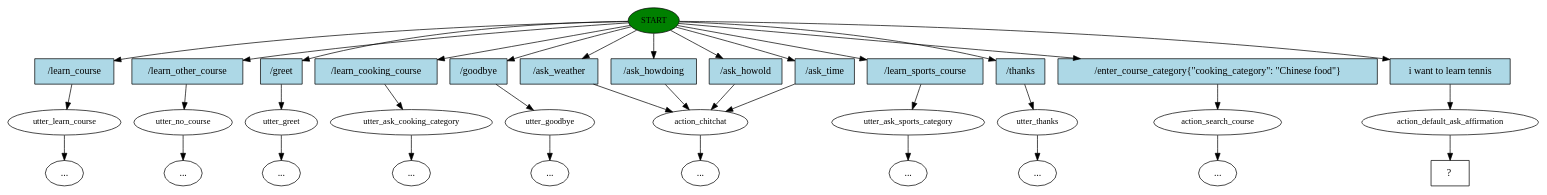
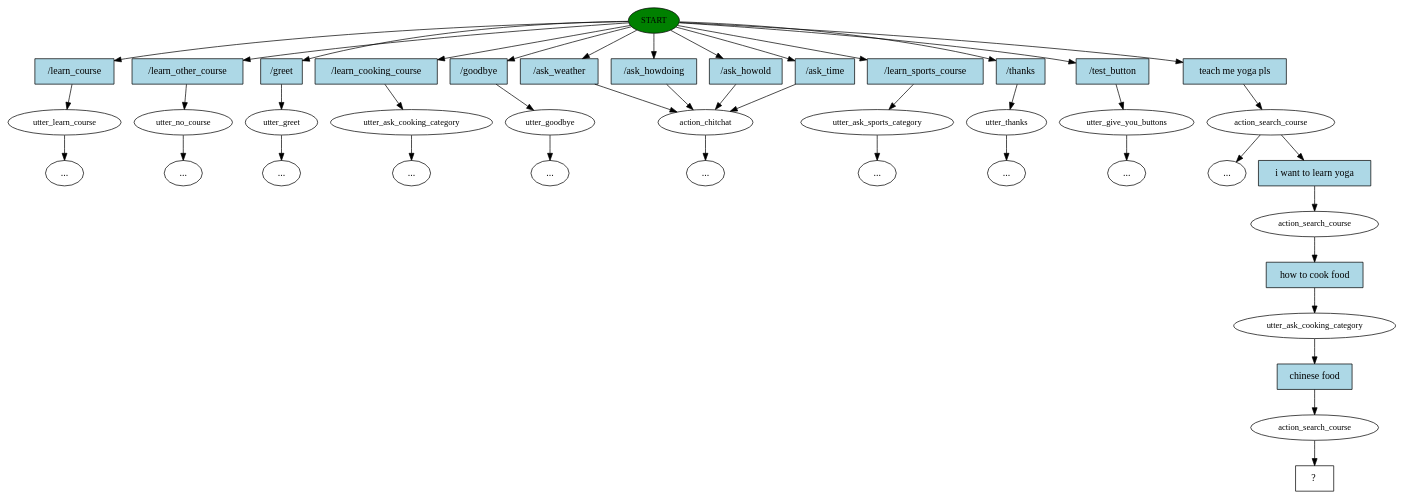
Before and after one commit to vivihuang/aj-rasa: the diagram in story_graph.dot, drawn with Graphviz. The commit also changed 2 other files, not shown here.

```diff
--- a/story_graph.dot
+++ b/story_graph.dot
@@ -1,72 +1,86 @@
 digraph  {
 0 [class="start active", fillcolor=green, fontsize=12, label=START, style=filled];
 1 [class="", fontsize=12, label=utter_learn_course];
 2 [class="", fontsize=12, label=utter_no_course];
 "-7" [class=ellipsis, label="..."];
 7 [class="", fontsize=12, label=utter_greet];
 9 [class="", fontsize=12, label=utter_ask_cooking_category];
 "-11" [class=ellipsis, label="..."];
 12 [class="", fontsize=12, label=utter_goodbye];
 "-14" [class=ellipsis, label="..."];
 13 [class="", fontsize=12, label=action_chitchat];
 "-18" [class=ellipsis, label="..."];
 "-35" [class=ellipsis, label="..."];
 34 [class="", fontsize=12, label=utter_ask_sports_category];
 "-36" [class=ellipsis, label="..."];
 35 [class="", fontsize=12, label=utter_thanks];
 "-37" [class=ellipsis, label="..."];
+36 [class="", fontsize=12, label=utter_give_you_buttons];
 "-38" [class=ellipsis, label="..."];
-37 [class="", fontsize=12, label=action_search_course];
 "-39" [class=ellipsis, label="..."];
-38 [class=active, fontsize=12, label=action_default_ask_affirmation];
-39 [class="intent dashed active", label="  ?  ", shape=rect];
-40 [class=intent, fillcolor=lightblue, label="/learn_course", shape=rect, style=filled];
-41 [class=intent, fillcolor=lightblue, label="/learn_other_course", shape=rect, style=filled];
-42 [class=intent, fillcolor=lightblue, label="/greet", shape=rect, style=filled];
-43 [class=intent, fillcolor=lightblue, label="/learn_cooking_course", shape=rect, style=filled];
-44 [class=intent, fillcolor=lightblue, label="/goodbye", shape=rect, style=filled];
-45 [class=intent, fillcolor=lightblue, label="/ask_weather", shape=rect, style=filled];
-46 [class=intent, fillcolor=lightblue, label="/ask_howdoing", shape=rect, style=filled];
-47 [class=intent, fillcolor=lightblue, label="/ask_howold", shape=rect, style=filled];
-48 [class=intent, fillcolor=lightblue, label="/ask_time", shape=rect, style=filled];
-49 [class=intent, fillcolor=lightblue, label="/learn_sports_course", shape=rect, style=filled];
-50 [class=intent, fillcolor=lightblue, label="/thanks", shape=rect, style=filled];
-51 [class=intent, fillcolor=lightblue, label="/enter_course_category{\"cooking_category\": \"Chinese food\"}", shape=rect, style=filled];
-52 [class="intent active", fillcolor=lightblue, label="i want to learn tennis", shape=rect, style=filled];
-0 -> 40  [class="", key=0];
-0 -> 41  [class="", key=0];
-0 -> 42  [class="", key=0];
-0 -> 43  [class="", key=0];
+38 [class=active, fontsize=12, label=action_search_course];
+"-40" [class=ellipsis, label="..."];
+40 [class=active, fontsize=12, label=action_search_course];
+41 [class=active, fontsize=12, label=utter_ask_cooking_category];
+42 [class=active, fontsize=12, label=action_search_course];
+43 [class="intent dashed active", label="  ?  ", shape=rect];
+44 [class=intent, fillcolor=lightblue, label="/learn_course", shape=rect, style=filled];
+45 [class=intent, fillcolor=lightblue, label="/learn_other_course", shape=rect, style=filled];
+46 [class=intent, fillcolor=lightblue, label="/greet", shape=rect, style=filled];
+47 [class=intent, fillcolor=lightblue, label="/learn_cooking_course", shape=rect, style=filled];
+48 [class=intent, fillcolor=lightblue, label="/goodbye", shape=rect, style=filled];
+49 [class=intent, fillcolor=lightblue, label="/ask_weather", shape=rect, style=filled];
+50 [class=intent, fillcolor=lightblue, label="/ask_howdoing", shape=rect, style=filled];
+51 [class=intent, fillcolor=lightblue, label="/ask_howold", shape=rect, style=filled];
+52 [class=intent, fillcolor=lightblue, label="/ask_time", shape=rect, style=filled];
+53 [class=intent, fillcolor=lightblue, label="/learn_sports_course", shape=rect, style=filled];
+54 [class=intent, fillcolor=lightblue, label="/thanks", shape=rect, style=filled];
+55 [class=intent, fillcolor=lightblue, label="/test_button", shape=rect, style=filled];
+56 [class="intent active", fillcolor=lightblue, label="teach me yoga pls", shape=rect, style=filled];
+57 [class="intent active", fillcolor=lightblue, label="i want to learn yoga", shape=rect, style=filled];
+58 [class="intent active", fillcolor=lightblue, label="how to cook food", shape=rect, style=filled];
+59 [class="intent active", fillcolor=lightblue, label="chinese food", shape=rect, style=filled];
 0 -> 44  [class="", key=0];
 0 -> 45  [class="", key=0];
 0 -> 46  [class="", key=0];
 0 -> 47  [class="", key=0];
 0 -> 48  [class="", key=0];
 0 -> 49  [class="", key=0];
 0 -> 50  [class="", key=0];
 0 -> 51  [class="", key=0];
-0 -> 52  [class=active, key=0];
-1 -> "-38"  [class="", key=NONE, label=""];
+0 -> 52  [class="", key=0];
+0 -> 53  [class="", key=0];
+0 -> 54  [class="", key=0];
+0 -> 55  [class="", key=0];
+0 -> 56  [class=active, key=0];
+1 -> "-39"  [class="", key=NONE, label=""];
 2 -> "-7"  [class="", key=NONE, label=""];
 7 -> "-35"  [class="", key=NONE, label=""];
 9 -> "-11"  [class="", key=NONE, label=""];
 12 -> "-14"  [class="", key=NONE, label=""];
 13 -> "-18"  [class="", key=NONE, label=""];
 34 -> "-36"  [class="", key=NONE, label=""];
 35 -> "-37"  [class="", key=NONE, label=""];
-37 -> "-39"  [class="", key=NONE, label=""];
-38 -> 39  [class=active, key=NONE, label=""];
-40 -> 1  [class="", key=0];
-41 -> 2  [class="", key=0];
-42 -> 7  [class="", key=0];
-43 -> 9  [class="", key=0];
-44 -> 12  [class="", key=0];
-45 -> 13  [class="", key=0];
-46 -> 13  [class="", key=0];
-47 -> 13  [class="", key=0];
-48 -> 13  [class="", key=0];
-49 -> 34  [class="", key=0];
-50 -> 35  [class="", key=0];
-51 -> 37  [class="", key=0];
-52 -> 38  [class=active, key=0];
+36 -> "-38"  [class="", key=NONE, label=""];
+38 -> "-40"  [class="", key=NONE, label=""];
+38 -> 57  [class=active, key=0];
+40 -> 58  [class=active, key=0];
+41 -> 59  [class=active, key=0];
+42 -> 43  [class=active, key=NONE, label=""];
+44 -> 1  [class="", key=0];
+45 -> 2  [class="", key=0];
+46 -> 7  [class="", key=0];
+47 -> 9  [class="", key=0];
+48 -> 12  [class="", key=0];
+49 -> 13  [class="", key=0];
+50 -> 13  [class="", key=0];
+51 -> 13  [class="", key=0];
+52 -> 13  [class="", key=0];
+53 -> 34  [class="", key=0];
+54 -> 35  [class="", key=0];
+55 -> 36  [class="", key=0];
+56 -> 38  [class=active, key=0];
+57 -> 40  [class=active, key=0];
+58 -> 41  [class=active, key=0];
+59 -> 42  [class=active, key=0];
 }
```
